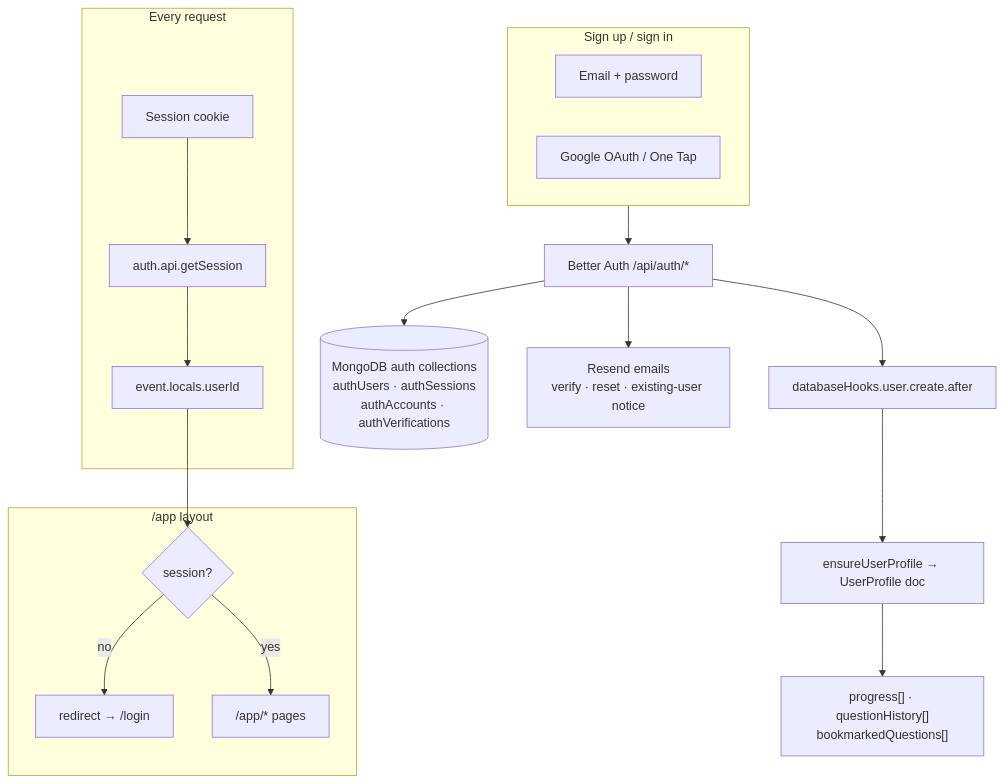
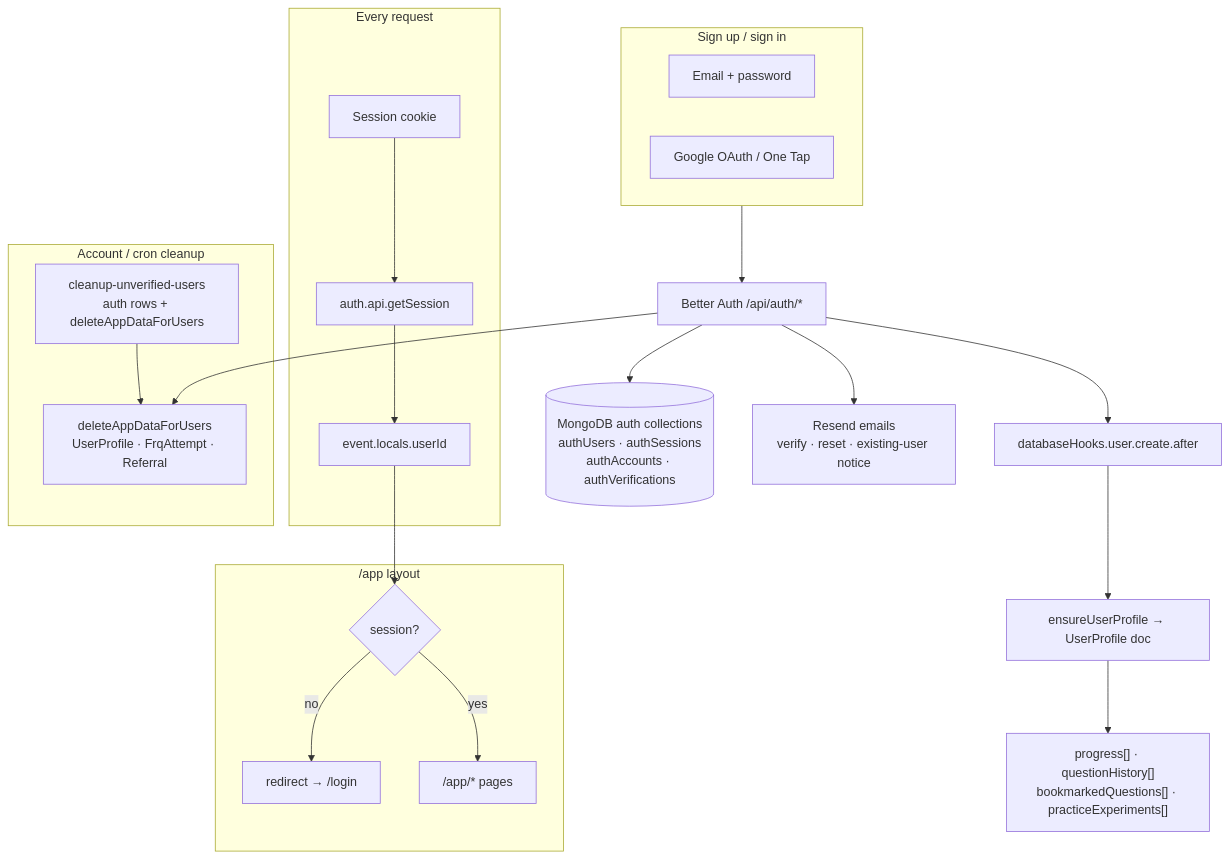
One commit to 5cisummai/freeappractice changed the fifth of 7 diagrams in docs/architecture.md. Above: the diagram before and after it, drawn with Mermaid. The commit also changed other lines of this file, not shown here.

Commit message:
Update architecture docs for FRQ, PracticeShell, and lib cleanup.

````diff
--- a/docs/architecture.md
+++ b/docs/architecture.md
@@ -191,27 +207,34 @@
 ```mermaid
 flowchart TD
     subgraph SignUp["Sign up / sign in"]
         Email["Email + password"]
         Google["Google OAuth / One Tap"]
     end
 
     SignUp --> BA["Better Auth /api/auth/*"]
     BA --> AuthDB[("MongoDB auth collections<br/>authUsers · authSessions<br/>authAccounts · authVerifications")]
     BA --> EmailSend["Resend emails<br/>verify · reset · existing-user notice"]
     BA --> Hook["databaseHooks.user.create.after"]
     Hook --> Profile["ensureUserProfile → UserProfile doc"]
 
     subgraph Session["Every request"]
         Cookie["Session cookie"]
         Cookie --> GetSession["auth.api.getSession"]
         GetSession --> Locals["event.locals.userId"]
     end
 
     subgraph AppGuard["/app layout"]
         Locals --> Check{session?}
         Check -->|no| Redirect["redirect → /login"]
         Check -->|yes| AppPages["/app/* pages"]
     end
 
-    Profile --> UserData["progress[] · questionHistory[]<br/>bookmarkedQuestions[]"]
+    subgraph Delete["Account / cron cleanup"]
+        Del["deleteAppDataForUsers<br/>UserProfile · FrqAttempt · Referral"]
+        Cron["cleanup-unverified-users<br/>auth rows + deleteAppDataForUsers"]
+    end
+
+    Profile --> UserData["progress[] · questionHistory[]<br/>bookmarkedQuestions[] · practiceExperiments[]"]
+    BA --> Del
+    Cron --> Del
 ```
````
